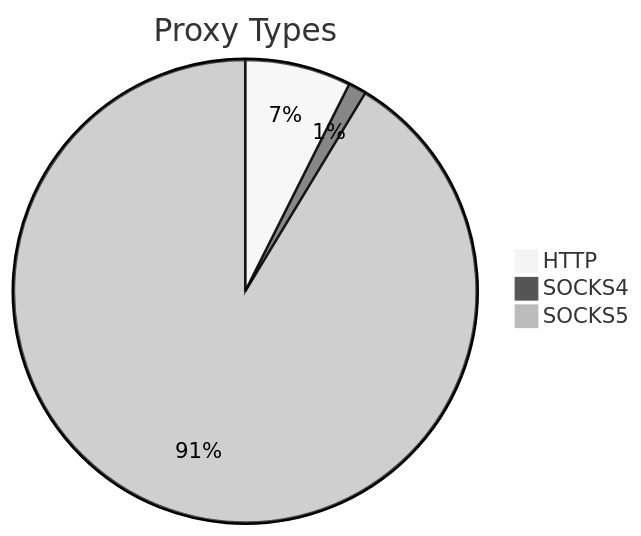
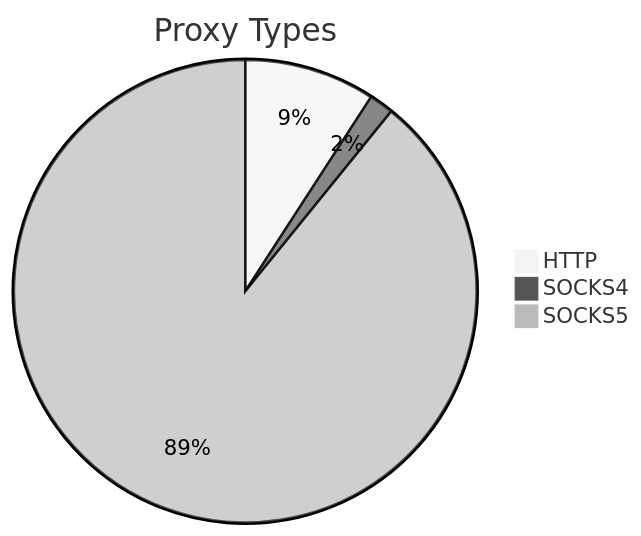
Before and after one commit to stormsia/proxy-list: the first of 2 diagrams in README.md, drawn with Mermaid (neutral theme). The commit also changed other lines of this file, not shown here.

````diff
--- a/README.md
+++ b/README.md
@@ -21,6 +21,6 @@
 ```mermaid
 pie title Proxy Types
-    "HTTP" : 171
-    "SOCKS4" : 29
-    "SOCKS5" : 2107
+    "HTTP" : 194
+    "SOCKS4" : 36
+    "SOCKS5" : 1891
 ```
````
